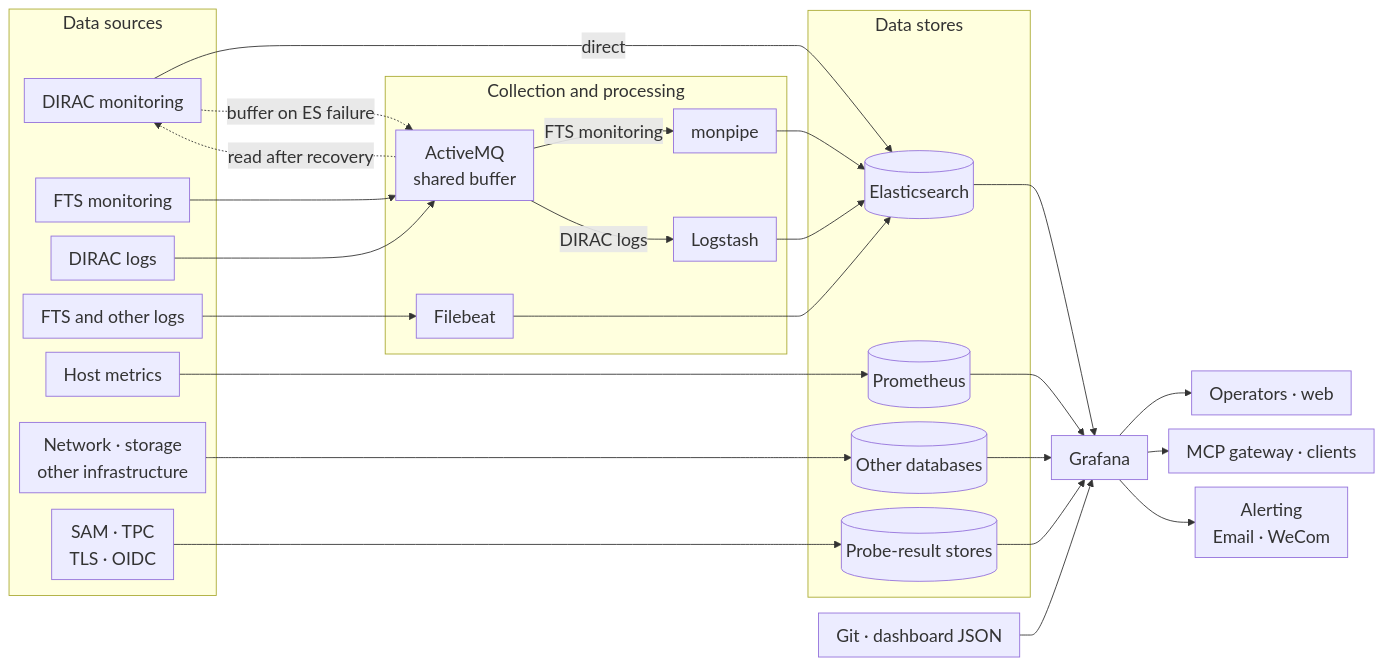
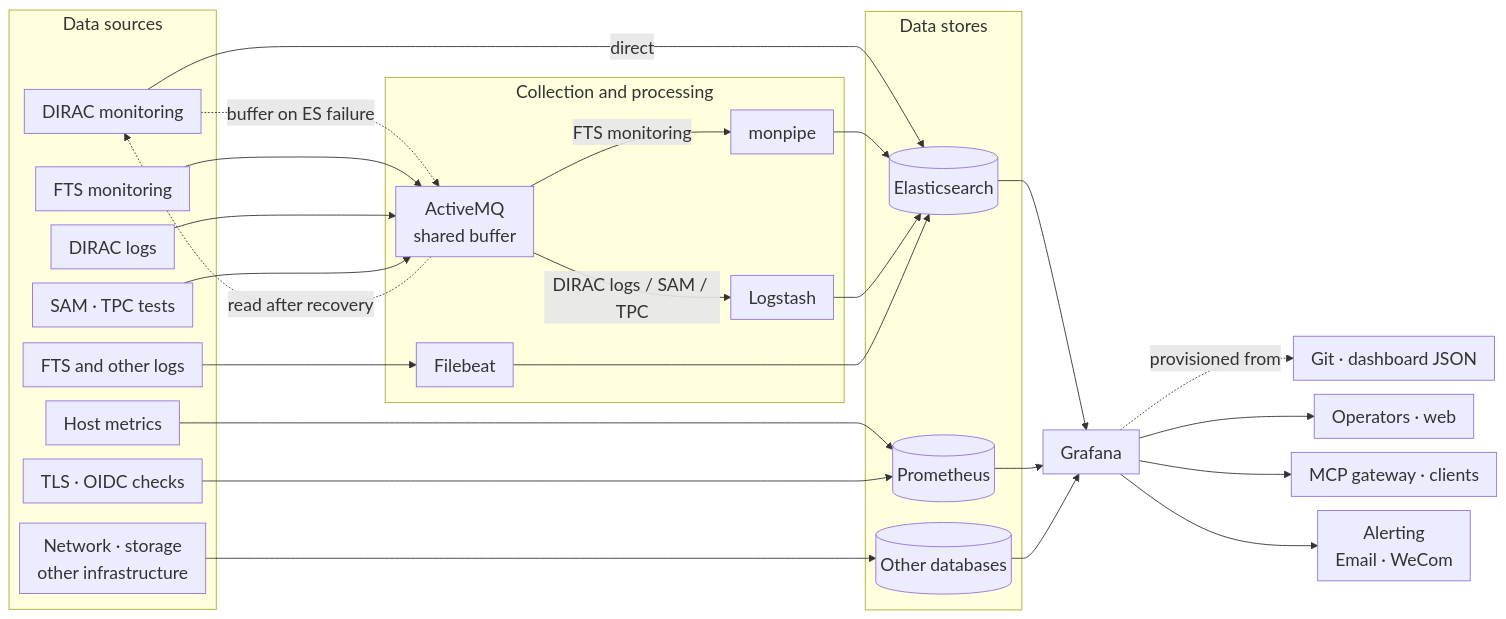
Before and after one commit to hanx-hep/2026-cepc-dci: the first of 5 diagrams in slides.md, drawn with Mermaid. The commit also changed other lines of this file, not shown here.

Commit message:
fix: route probes through shared collectors and move Git node right

````diff
--- a/slides.md
+++ b/slides.md
@@ -83,44 +83,44 @@
 ```mermaid {scale: 0.50}
 %%{init: {"themeVariables": {"fontSize": "20px"}, "flowchart": {"nodeSpacing": 16, "rankSpacing": 24, "padding": 10}}}%%
 flowchart LR
     subgraph S[Data sources]
         D[DIRAC monitoring]
         F[FTS monitoring]
         DL[DIRAC logs]
         FL[FTS and other logs]
         H[Host metrics]
         N[Network · storage<br/>other infrastructure]
-        P[SAM · TPC<br/>TLS · OIDC]
+        P[SAM · TPC tests]
+        Q[TLS · OIDC checks]
     end
     subgraph T[Collection and processing]
         MQ[ActiveMQ<br/>shared buffer]
         MP[monpipe]
         LS[Logstash]
         FB[Filebeat]
     end
     subgraph B[Data stores]
         ES[(Elasticsearch)]
         PR[(Prometheus)]
         DB[(Other databases)]
-        PD[(Probe-result stores)]
     end
     D -->|direct| ES
     D -. buffer on ES failure .-> MQ
     MQ -. read after recovery .-> D
     F --> MQ
     DL --> MQ
     MQ -->|FTS monitoring| MP --> ES
-    MQ -->|DIRAC logs| LS --> ES
+    MQ -->|DIRAC logs / SAM / TPC| LS --> ES
+    P --> MQ
     FL --> FB --> ES
     H --> PR
     N --> DB
-    P --> PD
+    Q --> PR
     ES --> G[Grafana]
     PR --> G
     DB --> G
-    PD --> G
-    J[Git · dashboard JSON] --> G
+    G -. provisioned from .-> J[Git · dashboard JSON]
     G --> O[Operators · web]
     G --> C[MCP gateway · clients]
     G --> A[Alerting<br/>Email · WeCom]
 ```
````
